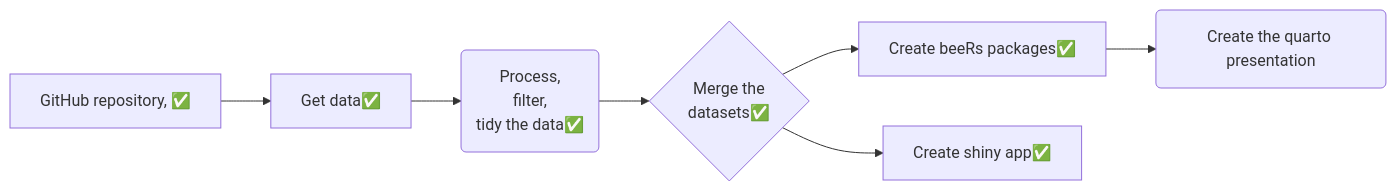
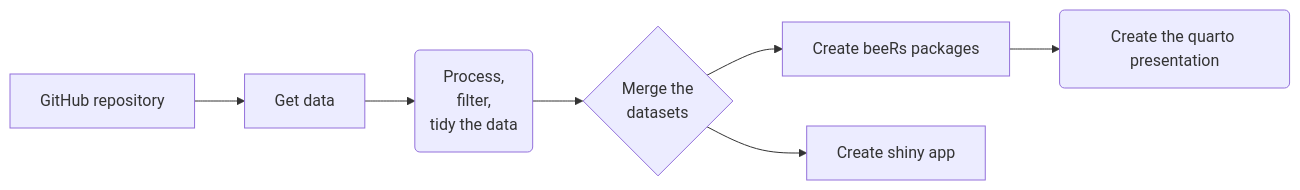
The diagram in README.Rmd (pmoizerv/BeeRs), drawn with Mermaid before and after one commit. The commit also changed other lines of this file and 2 other files, not shown here.

Commit message:
updated readme with image

````diff
--- a/README.Rmd
+++ b/README.Rmd
@@ -56,9 +58,9 @@
 ```{mermaid}
 flowchart LR
-  A[GitHub repository, ✅]  --> B[Get data✅]
-  B --> C(Process,\nfilter,\ntidy the data✅)
-  C --> D{Merge the\ndatasets✅}
-  D --> E[Create beeRs packages✅]
-  D --> F[Create shiny app✅]
+  A[GitHub repository]  --> B[Get data]
+  B --> C(Process,\nfilter,\ntidy the data)
+  C --> D{Merge the\ndatasets}
+  D --> E[Create beeRs packages]
+  D --> F[Create shiny app]
   E --> G(Create the quarto presentation)
 ```
````
